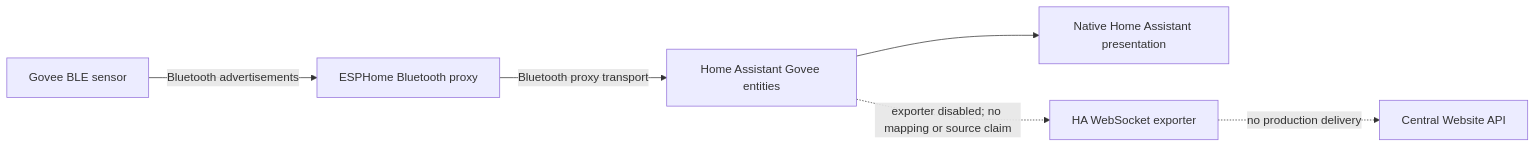
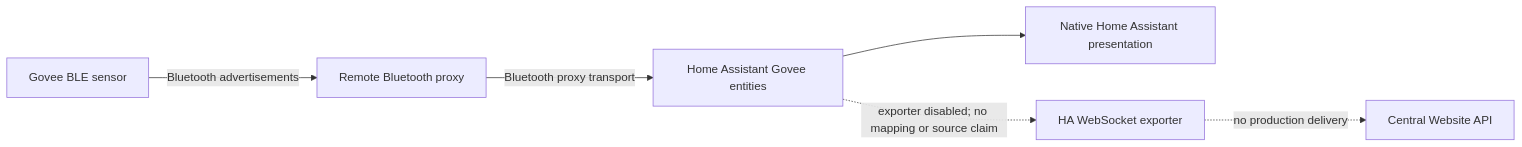
The seventh of 7 diagrams in docs/architecture/EDGE_DATA_FLOWS.md (HualapaiValley/HVO.WebSite), drawn with Mermaid before and after one commit. The commit also changed other lines of this file and 5 other files, not shown here.

````diff
--- a/docs/architecture/EDGE_DATA_FLOWS.md
+++ b/docs/architecture/EDGE_DATA_FLOWS.md
@@ -163,8 +165,8 @@
 ```mermaid
 flowchart LR
-    GOVEE[Govee BLE sensor] -->|Bluetooth advertisements| PROXY[ESPHome Bluetooth proxy]
+    GOVEE[Govee BLE sensor] -->|Bluetooth advertisements| PROXY[Remote Bluetooth proxy]
     PROXY -->|Bluetooth proxy transport| HA[Home Assistant Govee entities]
     HA --> PRESENT[Native Home Assistant presentation]
     HA -. exporter disabled; no mapping or source claim .-> EXP[HA WebSocket exporter]
     EXP -. no production delivery .-> API[Central Website API]
 ```
````
